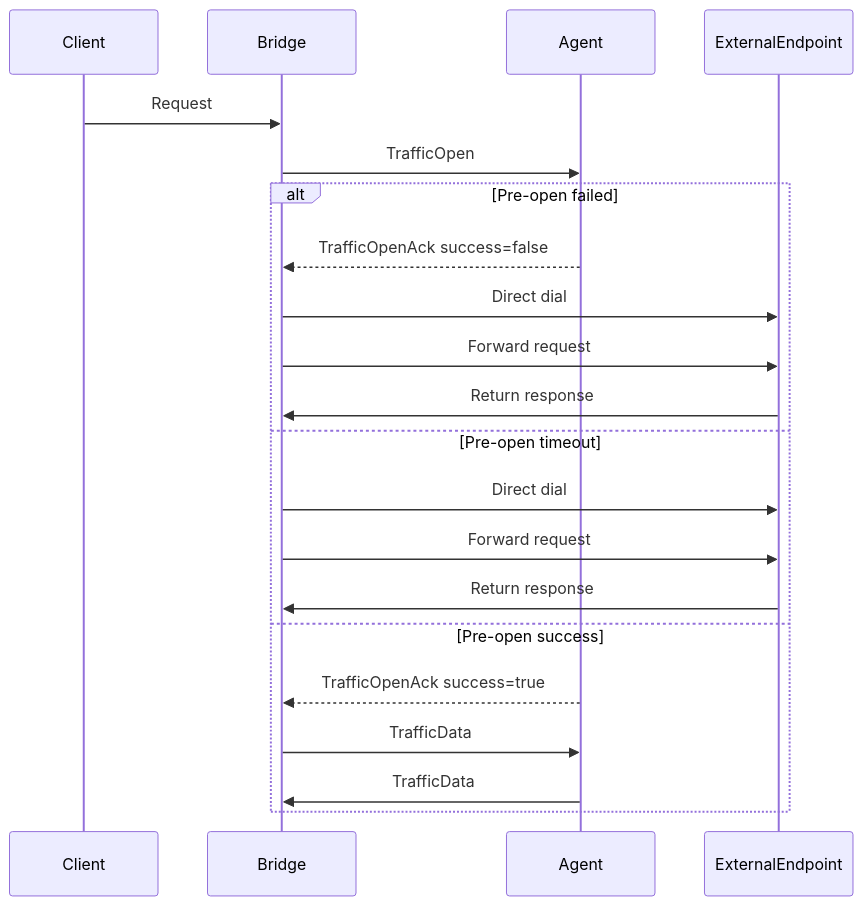
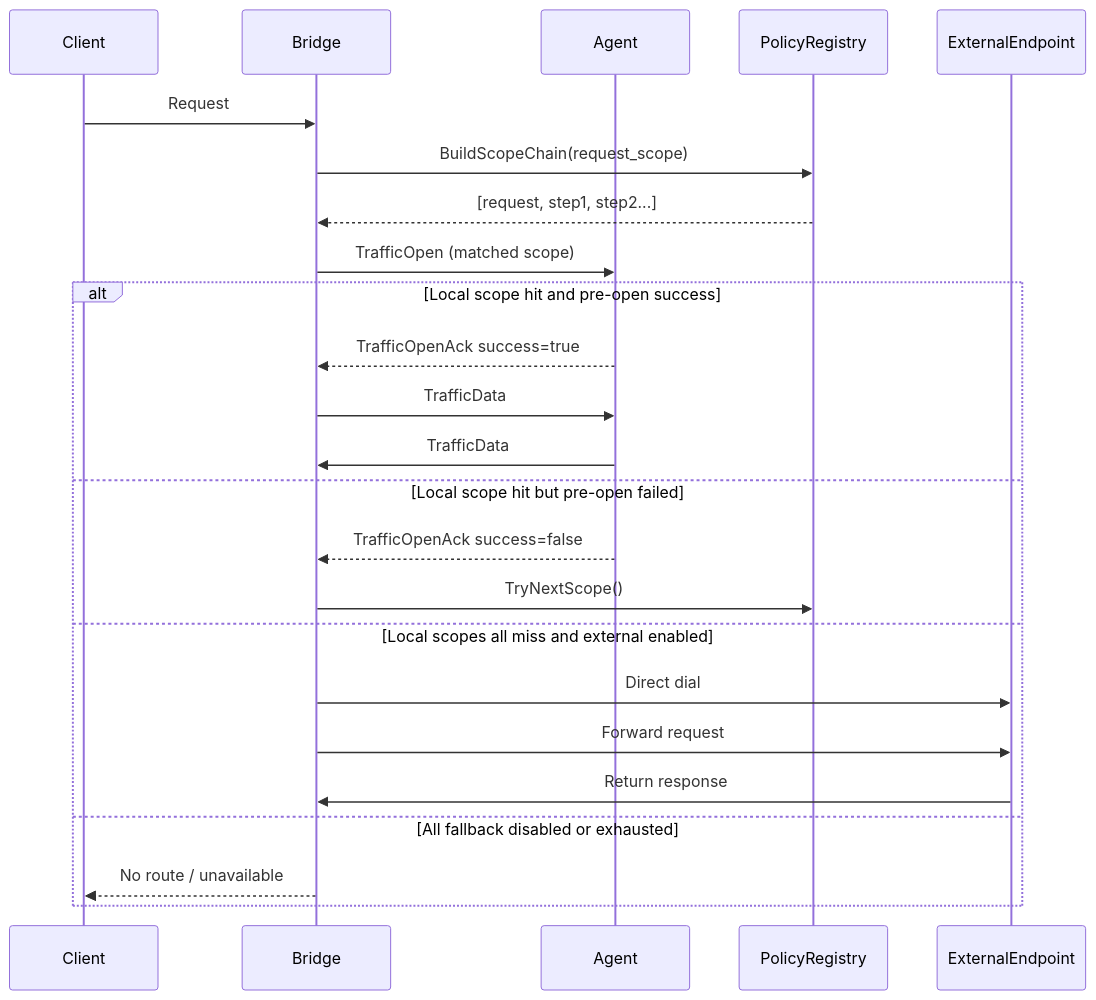
Before and after one commit to lifei6671/devbridge-loop: the sixth of 6 diagrams in docs/Agent‑and‑Bridge‑Implementation‑Technical‑Design.md, drawn with Mermaid. The commit also changed other lines of this file and 4 other files, not shown here.

````diff
--- a/docs/Agent‑and‑Bridge‑Implementation‑Technical‑Design.md
+++ b/docs/Agent‑and‑Bridge‑Implementation‑Technical‑Design.md
@@ -740,25 +736,28 @@
 ```mermaid
 sequenceDiagram
     participant C as Client
     participant B as Bridge
     participant A as Agent
+    participant P as PolicyRegistry
     participant E as ExternalEndpoint
 
     C->>B: Request
-    B->>A: TrafficOpen
+    B->>P: BuildScopeChain(request_scope)
+    P-->>B: [request, step1, step2...]
+    B->>A: TrafficOpen (matched scope)
 
-    alt Pre-open failed
+    alt Local scope hit and pre-open success
+        A-->>B: TrafficOpenAck success=true
+        B->>A: TrafficData
+        A->>B: TrafficData
+    else Local scope hit but pre-open failed
         A-->>B: TrafficOpenAck success=false
+        B->>P: TryNextScope()
+    else Local scopes all miss and external enabled
         B->>E: Direct dial
         B->>E: Forward request
         E->>B: Return response
-    else Pre-open timeout
-        B->>E: Direct dial
-        B->>E: Forward request
-        E->>B: Return response
-    else Pre-open success
-        A-->>B: TrafficOpenAck success=true
-        B->>A: TrafficData
-        A->>B: TrafficData
+    else All fallback disabled or exhausted
+        B-->>C: No route / unavailable
     end
 ```
````
